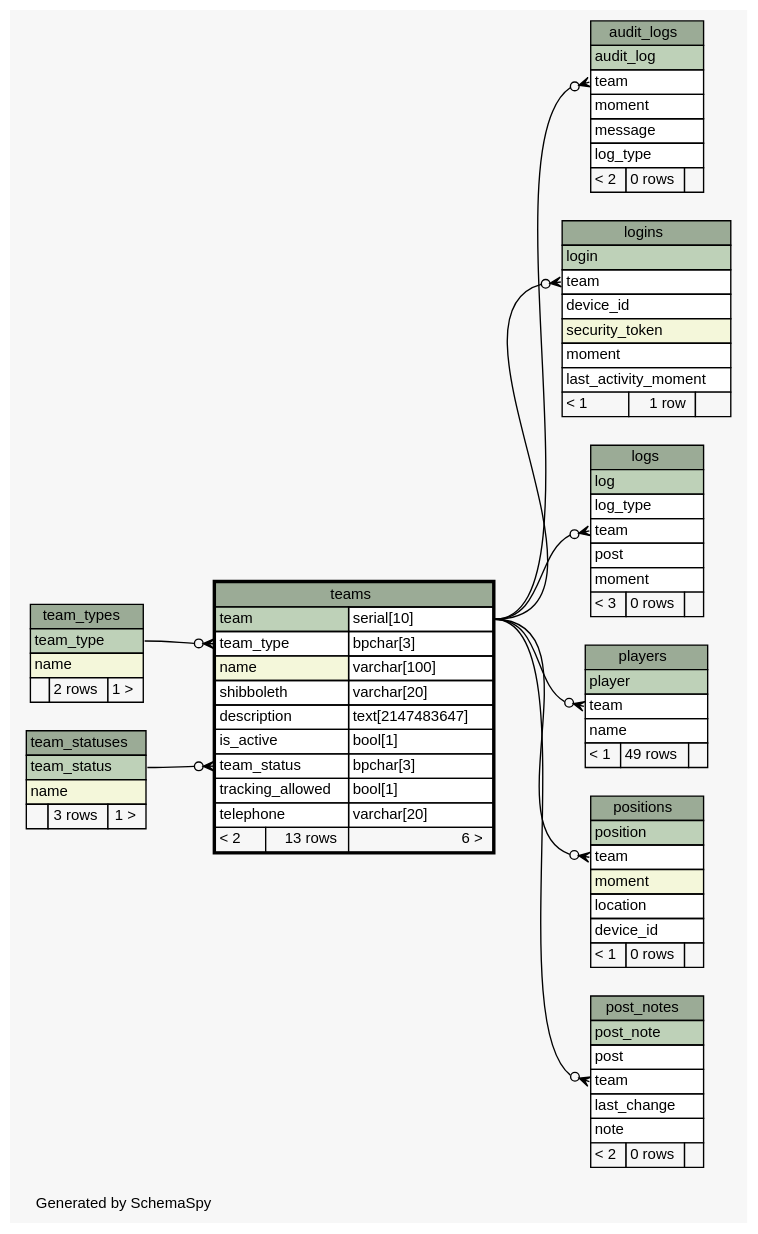
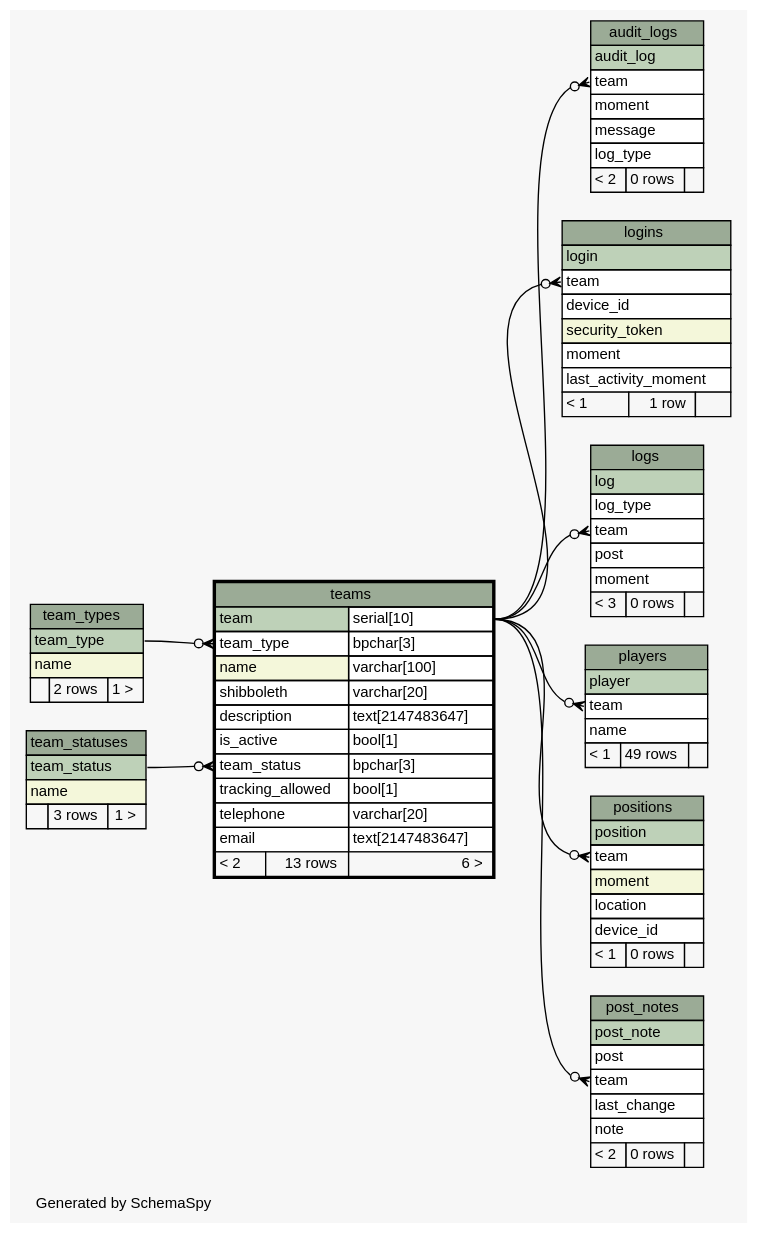
The diagram in Brazda/doc/db/diagrams/teams.1degree.dot (xmarwin/brazda), drawn with Graphviz before and after one commit. The commit also changed 71 other files, not shown here.

```diff
--- a/Brazda/doc/db/diagrams/teams.1degree.dot
+++ b/Brazda/doc/db/diagrams/teams.1degree.dot
@@ -1,153 +1,154 @@
 // dot 2.40.1 on Linux 4.12.8-gentoo
 // SchemaSpy rev 590
 digraph "oneDegreeRelationshipsDiagram" {
   graph [
     rankdir="RL"
     bgcolor="#f7f7f7"
     label="\nGenerated by SchemaSpy"
     labeljust="l"
     nodesep="0.18"
     ranksep="0.46"
     fontname="Helvetica"
     fontsize="11"
   ];
   node [
     fontname="Helvetica"
     fontsize="11"
     shape="plaintext"
   ];
   edge [
     arrowsize="0.8"
   ];
   "audit_logs":"team":w -> "teams":"team.type":e [arrowhead=none dir=back arrowtail=crowodot];
   "logins":"team":w -> "teams":"team.type":e [arrowhead=none dir=back arrowtail=crowodot];
   "logs":"team":w -> "teams":"team.type":e [arrowhead=none dir=back arrowtail=crowodot];
   "players":"team":w -> "teams":"team.type":e [arrowhead=none dir=back arrowtail=crowodot];
   "positions":"team":w -> "teams":"team.type":e [arrowhead=none dir=back arrowtail=crowodot];
   "post_notes":"team":w -> "teams":"team.type":e [arrowhead=none dir=back arrowtail=crowodot];
   "teams":"team_status":w -> "team_statuses":"team_status":e [arrowhead=none dir=back arrowtail=crowodot];
   "teams":"team_type":w -> "team_types":"team_type":e [arrowhead=none dir=back arrowtail=crowodot];
   "audit_logs" [
     label=<
     <TABLE BORDER="0" CELLBORDER="1" CELLSPACING="0" BGCOLOR="#ffffff">
       <TR><TD COLSPAN="3" BGCOLOR="#9bab96" ALIGN="CENTER">audit_logs</TD></TR>
       <TR><TD PORT="audit_log" COLSPAN="3" BGCOLOR="#bed1b8" ALIGN="LEFT">audit_log</TD></TR>
       <TR><TD PORT="team" COLSPAN="3" ALIGN="LEFT">team</TD></TR>
       <TR><TD PORT="moment" COLSPAN="3" ALIGN="LEFT">moment</TD></TR>
       <TR><TD PORT="message" COLSPAN="3" ALIGN="LEFT">message</TD></TR>
       <TR><TD PORT="log_type" COLSPAN="3" ALIGN="LEFT">log_type</TD></TR>
       <TR><TD ALIGN="LEFT" BGCOLOR="#f7f7f7">&lt; 2</TD><TD ALIGN="RIGHT" BGCOLOR="#f7f7f7">0 rows</TD><TD ALIGN="RIGHT" BGCOLOR="#f7f7f7">  </TD></TR>
     </TABLE>>
     URL="audit_logs.html"
     tooltip="audit_logs"
   ];
   "logins" [
     label=<
     <TABLE BORDER="0" CELLBORDER="1" CELLSPACING="0" BGCOLOR="#ffffff">
       <TR><TD COLSPAN="3" BGCOLOR="#9bab96" ALIGN="CENTER">logins</TD></TR>
       <TR><TD PORT="login" COLSPAN="3" BGCOLOR="#bed1b8" ALIGN="LEFT">login</TD></TR>
       <TR><TD PORT="team" COLSPAN="3" ALIGN="LEFT">team</TD></TR>
       <TR><TD PORT="device_id" COLSPAN="3" ALIGN="LEFT">device_id</TD></TR>
       <TR><TD PORT="security_token" COLSPAN="3" BGCOLOR="#f4f7da" ALIGN="LEFT">security_token</TD></TR>
       <TR><TD PORT="moment" COLSPAN="3" ALIGN="LEFT">moment</TD></TR>
       <TR><TD PORT="last_activity_moment" COLSPAN="3" ALIGN="LEFT">last_activity_moment</TD></TR>
       <TR><TD ALIGN="LEFT" BGCOLOR="#f7f7f7">&lt; 1</TD><TD ALIGN="RIGHT" BGCOLOR="#f7f7f7">1 row</TD><TD ALIGN="RIGHT" BGCOLOR="#f7f7f7">  </TD></TR>
     </TABLE>>
     URL="logins.html"
     tooltip="logins"
   ];
   "logs" [
     label=<
     <TABLE BORDER="0" CELLBORDER="1" CELLSPACING="0" BGCOLOR="#ffffff">
       <TR><TD COLSPAN="3" BGCOLOR="#9bab96" ALIGN="CENTER">logs</TD></TR>
       <TR><TD PORT="log" COLSPAN="3" BGCOLOR="#bed1b8" ALIGN="LEFT">log</TD></TR>
       <TR><TD PORT="log_type" COLSPAN="3" ALIGN="LEFT">log_type</TD></TR>
       <TR><TD PORT="team" COLSPAN="3" ALIGN="LEFT">team</TD></TR>
       <TR><TD PORT="post" COLSPAN="3" ALIGN="LEFT">post</TD></TR>
       <TR><TD PORT="moment" COLSPAN="3" ALIGN="LEFT">moment</TD></TR>
       <TR><TD ALIGN="LEFT" BGCOLOR="#f7f7f7">&lt; 3</TD><TD ALIGN="RIGHT" BGCOLOR="#f7f7f7">0 rows</TD><TD ALIGN="RIGHT" BGCOLOR="#f7f7f7">  </TD></TR>
     </TABLE>>
     URL="logs.html"
     tooltip="logs"
   ];
   "players" [
     label=<
     <TABLE BORDER="0" CELLBORDER="1" CELLSPACING="0" BGCOLOR="#ffffff">
       <TR><TD COLSPAN="3" BGCOLOR="#9bab96" ALIGN="CENTER">players</TD></TR>
       <TR><TD PORT="player" COLSPAN="3" BGCOLOR="#bed1b8" ALIGN="LEFT">player</TD></TR>
       <TR><TD PORT="team" COLSPAN="3" ALIGN="LEFT">team</TD></TR>
       <TR><TD PORT="name" COLSPAN="3" ALIGN="LEFT">name</TD></TR>
       <TR><TD ALIGN="LEFT" BGCOLOR="#f7f7f7">&lt; 1</TD><TD ALIGN="RIGHT" BGCOLOR="#f7f7f7">49 rows</TD><TD ALIGN="RIGHT" BGCOLOR="#f7f7f7">  </TD></TR>
     </TABLE>>
     URL="players.html"
     tooltip="players"
   ];
   "positions" [
     label=<
     <TABLE BORDER="0" CELLBORDER="1" CELLSPACING="0" BGCOLOR="#ffffff">
       <TR><TD COLSPAN="3" BGCOLOR="#9bab96" ALIGN="CENTER">positions</TD></TR>
       <TR><TD PORT="position" COLSPAN="3" BGCOLOR="#bed1b8" ALIGN="LEFT">position</TD></TR>
       <TR><TD PORT="team" COLSPAN="3" ALIGN="LEFT">team</TD></TR>
       <TR><TD PORT="moment" COLSPAN="3" BGCOLOR="#f4f7da" ALIGN="LEFT">moment</TD></TR>
       <TR><TD PORT="location" COLSPAN="3" ALIGN="LEFT">location</TD></TR>
       <TR><TD PORT="device_id" COLSPAN="3" ALIGN="LEFT">device_id</TD></TR>
       <TR><TD ALIGN="LEFT" BGCOLOR="#f7f7f7">&lt; 1</TD><TD ALIGN="RIGHT" BGCOLOR="#f7f7f7">0 rows</TD><TD ALIGN="RIGHT" BGCOLOR="#f7f7f7">  </TD></TR>
     </TABLE>>
     URL="positions.html"
     tooltip="positions"
   ];
   "post_notes" [
     label=<
     <TABLE BORDER="0" CELLBORDER="1" CELLSPACING="0" BGCOLOR="#ffffff">
       <TR><TD COLSPAN="3" BGCOLOR="#9bab96" ALIGN="CENTER">post_notes</TD></TR>
       <TR><TD PORT="post_note" COLSPAN="3" BGCOLOR="#bed1b8" ALIGN="LEFT">post_note</TD></TR>
       <TR><TD PORT="post" COLSPAN="3" ALIGN="LEFT">post</TD></TR>
       <TR><TD PORT="team" COLSPAN="3" ALIGN="LEFT">team</TD></TR>
       <TR><TD PORT="last_change" COLSPAN="3" ALIGN="LEFT">last_change</TD></TR>
       <TR><TD PORT="note" COLSPAN="3" ALIGN="LEFT">note</TD></TR>
       <TR><TD ALIGN="LEFT" BGCOLOR="#f7f7f7">&lt; 2</TD><TD ALIGN="RIGHT" BGCOLOR="#f7f7f7">0 rows</TD><TD ALIGN="RIGHT" BGCOLOR="#f7f7f7">  </TD></TR>
     </TABLE>>
     URL="post_notes.html"
     tooltip="post_notes"
   ];
   "team_statuses" [
     label=<
     <TABLE BORDER="0" CELLBORDER="1" CELLSPACING="0" BGCOLOR="#ffffff">
       <TR><TD COLSPAN="3" BGCOLOR="#9bab96" ALIGN="CENTER">team_statuses</TD></TR>
       <TR><TD PORT="team_status" COLSPAN="3" BGCOLOR="#bed1b8" ALIGN="LEFT">team_status</TD></TR>
       <TR><TD PORT="name" COLSPAN="3" BGCOLOR="#f4f7da" ALIGN="LEFT">name</TD></TR>
       <TR><TD ALIGN="LEFT" BGCOLOR="#f7f7f7">  </TD><TD ALIGN="RIGHT" BGCOLOR="#f7f7f7">3 rows</TD><TD ALIGN="RIGHT" BGCOLOR="#f7f7f7">1 &gt;</TD></TR>
     </TABLE>>
     URL="team_statuses.html"
     tooltip="team_statuses"
   ];
   "team_types" [
     label=<
     <TABLE BORDER="0" CELLBORDER="1" CELLSPACING="0" BGCOLOR="#ffffff">
       <TR><TD COLSPAN="3" BGCOLOR="#9bab96" ALIGN="CENTER">team_types</TD></TR>
       <TR><TD PORT="team_type" COLSPAN="3" BGCOLOR="#bed1b8" ALIGN="LEFT">team_type</TD></TR>
       <TR><TD PORT="name" COLSPAN="3" BGCOLOR="#f4f7da" ALIGN="LEFT">name</TD></TR>
       <TR><TD ALIGN="LEFT" BGCOLOR="#f7f7f7">  </TD><TD ALIGN="RIGHT" BGCOLOR="#f7f7f7">2 rows</TD><TD ALIGN="RIGHT" BGCOLOR="#f7f7f7">1 &gt;</TD></TR>
     </TABLE>>
     URL="team_types.html"
     tooltip="team_types"
   ];
   "teams" [
     label=<
     <TABLE BORDER="2" CELLBORDER="1" CELLSPACING="0" BGCOLOR="#ffffff">
       <TR><TD COLSPAN="3" BGCOLOR="#9bab96" ALIGN="CENTER">teams</TD></TR>
       <TR><TD PORT="team" COLSPAN="2" BGCOLOR="#bed1b8" ALIGN="LEFT">team</TD><TD PORT="team.type" ALIGN="LEFT">serial[10]</TD></TR>
       <TR><TD PORT="team_type" COLSPAN="2" ALIGN="LEFT">team_type</TD><TD PORT="team_type.type" ALIGN="LEFT">bpchar[3]</TD></TR>
       <TR><TD PORT="name" COLSPAN="2" BGCOLOR="#f4f7da" ALIGN="LEFT">name</TD><TD PORT="name.type" ALIGN="LEFT">varchar[100]</TD></TR>
       <TR><TD PORT="shibboleth" COLSPAN="2" ALIGN="LEFT">shibboleth</TD><TD PORT="shibboleth.type" ALIGN="LEFT">varchar[20]</TD></TR>
       <TR><TD PORT="description" COLSPAN="2" ALIGN="LEFT">description</TD><TD PORT="description.type" ALIGN="LEFT">text[2147483647]</TD></TR>
       <TR><TD PORT="is_active" COLSPAN="2" ALIGN="LEFT">is_active</TD><TD PORT="is_active.type" ALIGN="LEFT">bool[1]</TD></TR>
       <TR><TD PORT="team_status" COLSPAN="2" ALIGN="LEFT">team_status</TD><TD PORT="team_status.type" ALIGN="LEFT">bpchar[3]</TD></TR>
       <TR><TD PORT="tracking_allowed" COLSPAN="2" ALIGN="LEFT">tracking_allowed</TD><TD PORT="tracking_allowed.type" ALIGN="LEFT">bool[1]</TD></TR>
       <TR><TD PORT="telephone" COLSPAN="2" ALIGN="LEFT">telephone</TD><TD PORT="telephone.type" ALIGN="LEFT">varchar[20]</TD></TR>
+      <TR><TD PORT="email" COLSPAN="2" ALIGN="LEFT">email</TD><TD PORT="email.type" ALIGN="LEFT">text[2147483647]</TD></TR>
       <TR><TD ALIGN="LEFT" BGCOLOR="#f7f7f7">&lt; 2</TD><TD ALIGN="RIGHT" BGCOLOR="#f7f7f7">13 rows</TD><TD ALIGN="RIGHT" BGCOLOR="#f7f7f7">6 &gt;</TD></TR>
     </TABLE>>
     URL="teams.html"
     tooltip="teams"
   ];
 }
```
